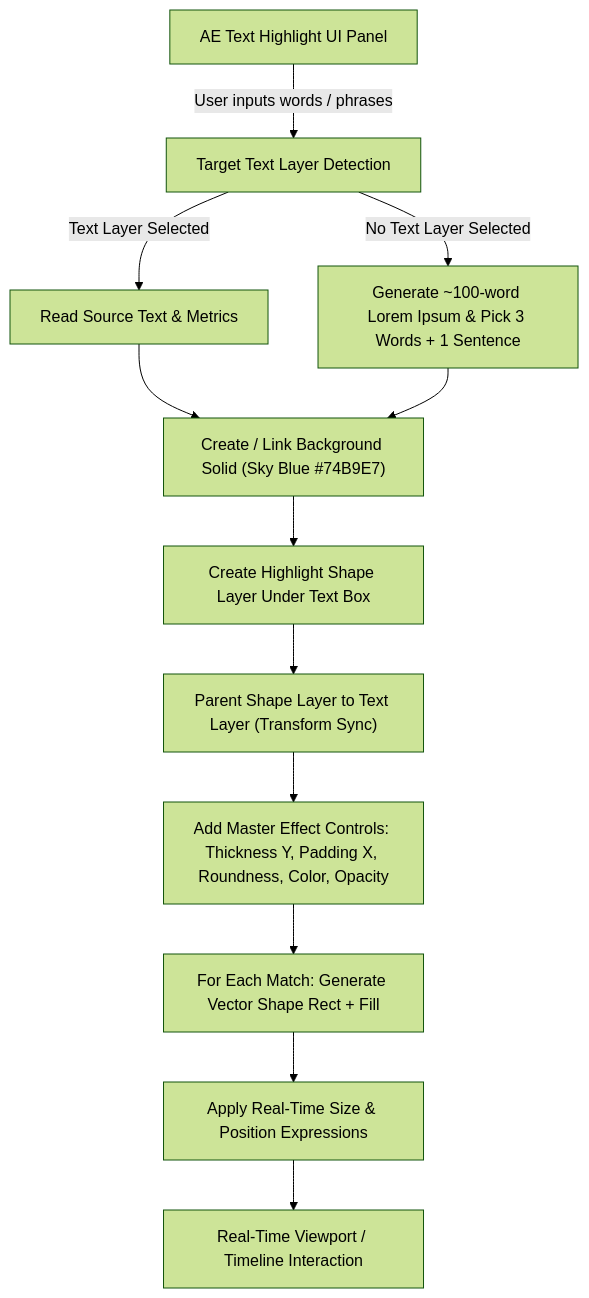
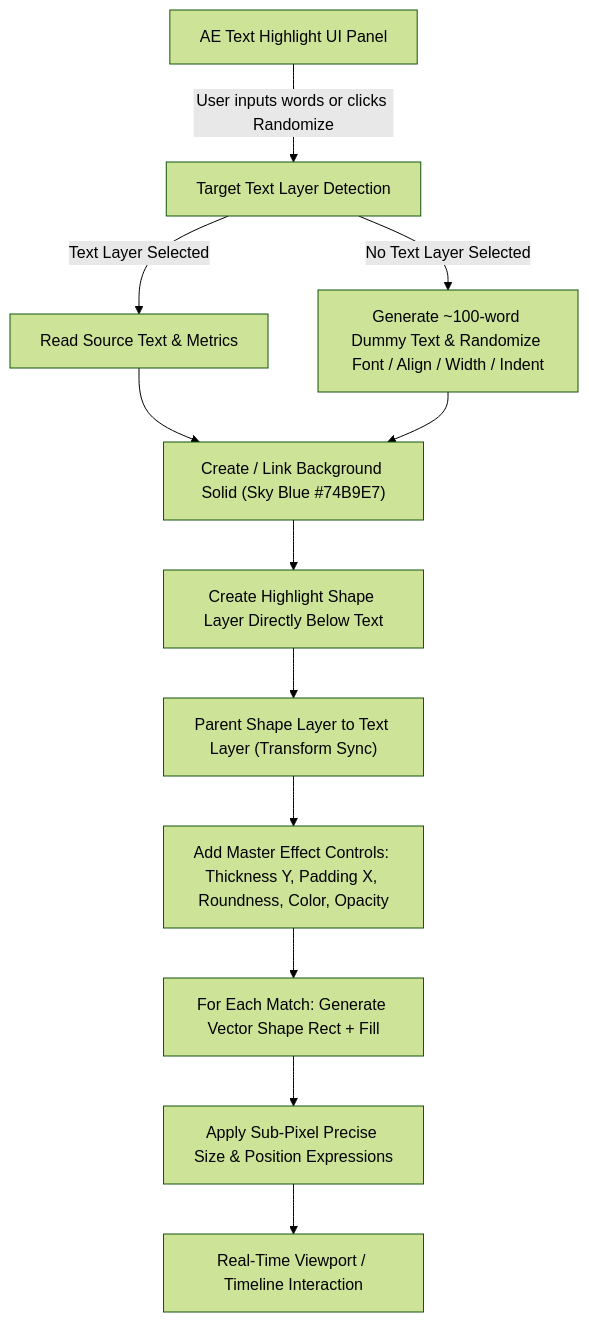
The diagram in README.md (work2survive/AE-Text-Highlight), drawn with Mermaid (forest theme) before and after one commit. The commit also changed other lines of this file and 1 other file, not shown here.

Commit message:
v1.1: Fix cumulative text measurement offset, add randomized dummy text generator (font, align, box width, indent)

````diff
--- a/README.md
+++ b/README.md
@@ -57,18 +69,18 @@
 ```mermaid
 flowchart TD
-    A["AE Text Highlight UI Panel"] -->|User inputs words / phrases| B["Target Text Layer Detection"]
+    A["AE Text Highlight UI Panel"] -->|User inputs words or clicks Randomize| B["Target Text Layer Detection"]
     B -->|Text Layer Selected| C["Read Source Text & Metrics"]
-    B -->|No Text Layer Selected| D["Generate ~100-word Lorem Ipsum & Pick 3 Words + 1 Sentence"]
+    B -->|No Text Layer Selected| D["Generate ~100-word Dummy Text & Randomize Font / Align / Width / Indent"]
     
     C --> E["Create / Link Background Solid (Sky Blue #74B9E7)"]
     D --> E
     
-    E --> F["Create Highlight Shape Layer Under Text Box"]
+    E --> F["Create Highlight Shape Layer Directly Below Text"]
     F --> G["Parent Shape Layer to Text Layer (Transform Sync)"]
     
     G --> H["Add Master Effect Controls: Thickness Y, Padding X, Roundness, Color, Opacity"]
     H --> I["For Each Match: Generate Vector Shape Rect + Fill"]
     
-    I --> J["Apply Real-Time Size & Position Expressions"]
+    I --> J["Apply Sub-Pixel Precise Size & Position Expressions"]
     J --> K["Real-Time Viewport / Timeline Interaction"]
 ```
````
